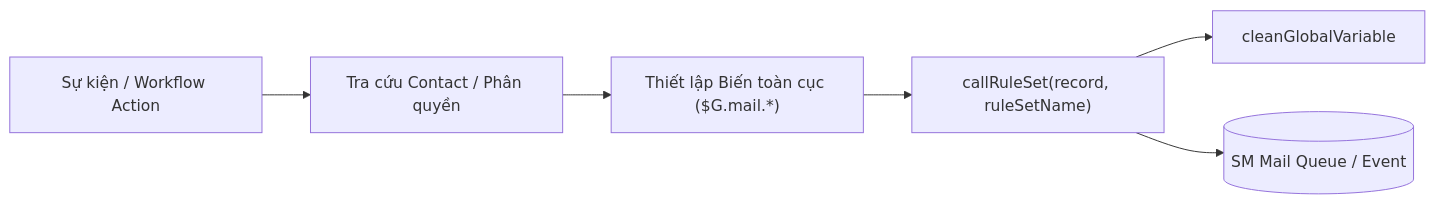
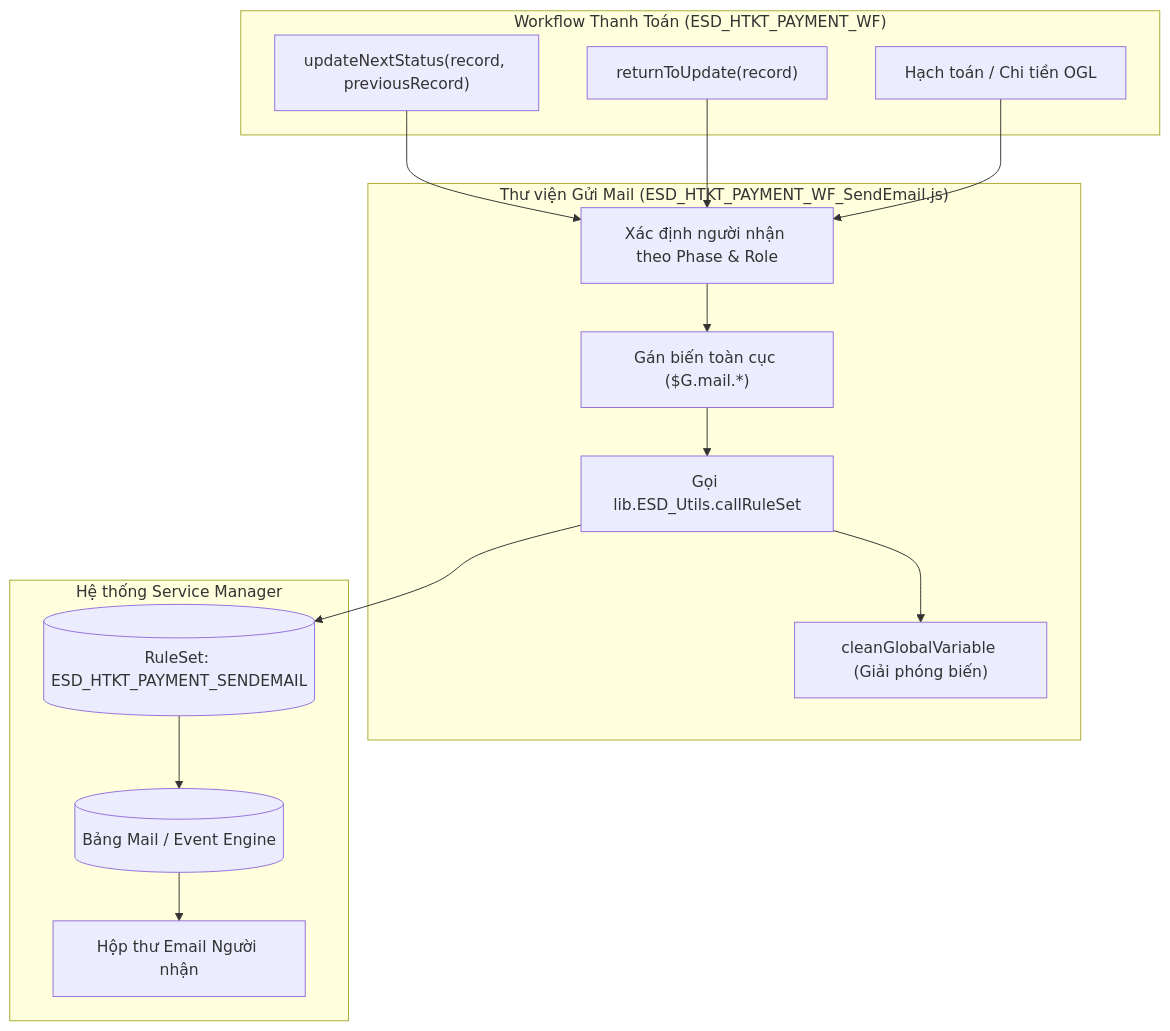
Before and after one commit to KhaiNH2302/Entry: the first of 2 diagrams in Gửi Email/Thanh toán/README.md, drawn with Mermaid. The commit also changed other lines of this file and 4 other files, not shown here.

````diff
--- a/Gửi Email/Thanh toán/README.md
+++ b/Gửi Email/Thanh toán/README.md
@@ -11,8 +23,31 @@
 ```mermaid
-flowchart LR
-    A[Sự kiện / Workflow Action] --> B[Tra cứu Contact / Phân quyền]
-    B --> C["Thiết lập Biến toàn cục ($G.mail.*)"]
-    C --> D["callRuleSet(record, ruleSetName)"]
-    D --> E[cleanGlobalVariable]
-    D --> F[(SM Mail Queue / Event)]
+flowchart TD
+    subgraph Workflow["Workflow Thanh Toán (ESD_HTKT_PAYMENT_WF)"]
+        A["updateNextStatus(record, previousRecord)"]
+        B["returnToUpdate(record)"]
+        C["Hạch toán / Chi tiền OGL"]
+    end
+
+    subgraph ScriptLib["Thư viện Gửi Mail (ESD_HTKT_PAYMENT_WF_SendEmail.js)"]
+        D[Xác định người nhận theo Phase & Role]
+        E["Gán biến toàn cục ($G.mail.*)"]
+        F["Gọi lib.ESD_Utils.callRuleSet"]
+        G["cleanGlobalVariable (Giải phóng biến)"]
+    end
+
+    subgraph Backend["Hệ thống Service Manager"]
+        H[(RuleSet: ESD_HTKT_PAYMENT_SENDEMAIL)]
+        I[(Bảng Mail / Event Engine)]
+        K[Hộp thư Email Người nhận]
+    end
+
+    A --> D
+    B --> D
+    C --> D
+    D --> E
+    E --> F
+    F --> H
+    H --> I
+    I --> K
+    F --> G
 ```
````
